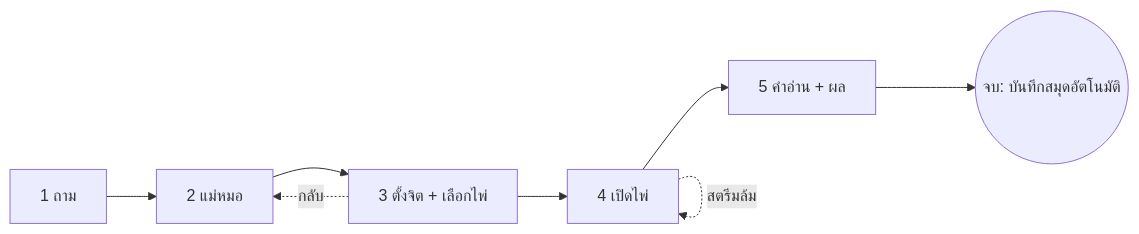
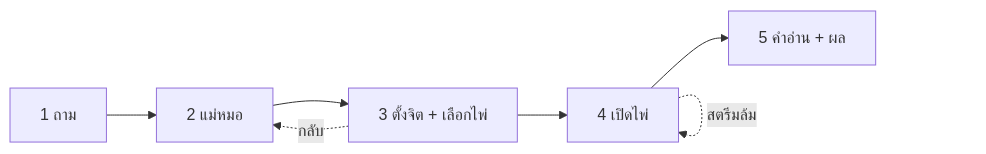
One commit to luminuy/tarot-web changed the diagram in mobile/DESIGN.md. Above: the diagram before and after it, drawn with Mermaid. The commit also changed other lines of this file and 33 other files, not shown here.

````diff
--- a/mobile/DESIGN.md
+++ b/mobile/DESIGN.md
@@ -32,7 +47,6 @@
 ```mermaid
 graph LR
   A[1 ถาม] --> B[2 แม่หมอ] --> C[3 ตั้งจิต + เลือกไพ่] --> D[4 เปิดไพ่] --> E[5 คำอ่าน + ผล]
   C -.กลับ.-> B
   D -.สตรีมล้ม.-> D
-  E --> F((จบ: บันทึกสมุดอัตโนมัติ))
 ```
````
